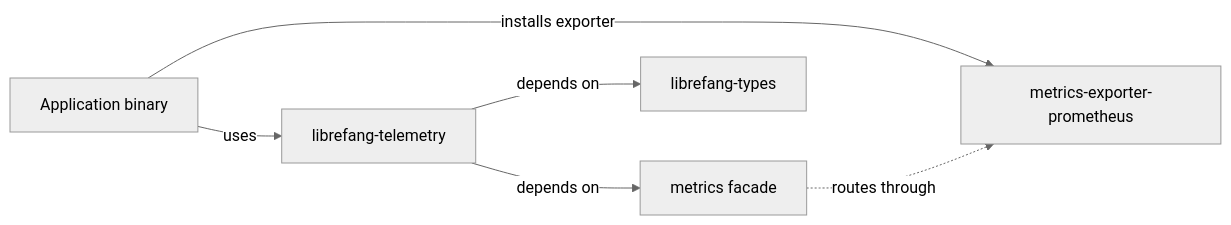
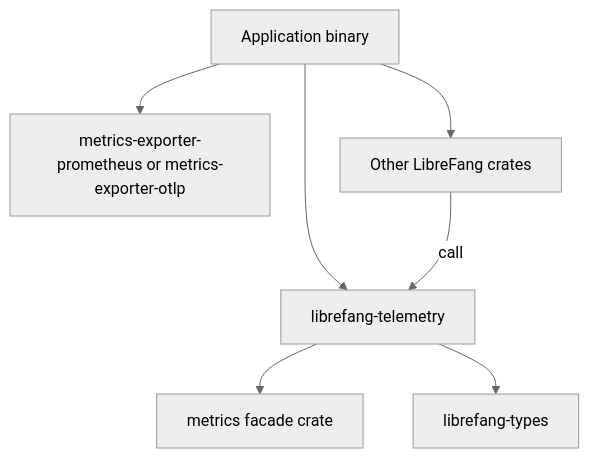
The diagram in other-librefang-telemetry.md (leszek3737/librefang-WIki), drawn with Mermaid (neutral theme) before and after one commit. The commit also changed other lines of this file and 128 other files, not shown here.

````diff
--- a/other-librefang-telemetry.md
+++ b/other-librefang-telemetry.md
@@ -22,8 +13,9 @@
 ```mermaid
-graph LR
-    A[librefang-telemetry] -->|depends on| B[metrics facade]
-    A -->|depends on| C[librefang-types]
-    D[Application binary] -->|uses| A
-    D -->|installs exporter| E[metrics-exporter-prometheus]
-    B -.->|routes through| E
+graph TD
+    A[librefang-telemetry] --> B[metrics facade crate]
+    A --> C[librefang-types]
+    D[Application binary] --> A
+    D --> E[metrics-exporter-prometheus or metrics-exporter-otlp]
+    D --> F[Other LibreFang crates]
+    F -->|call| A
 ```
````
